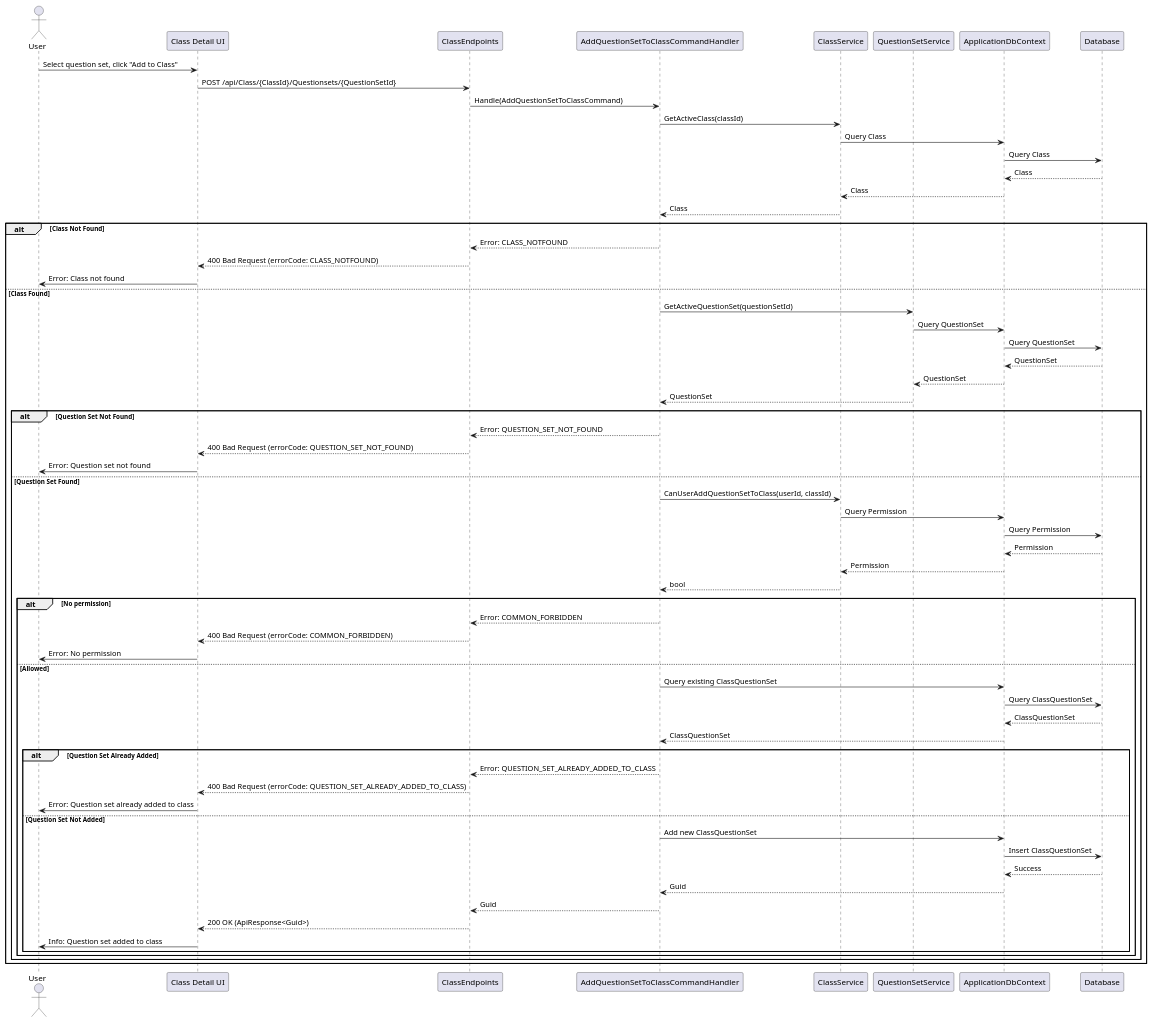
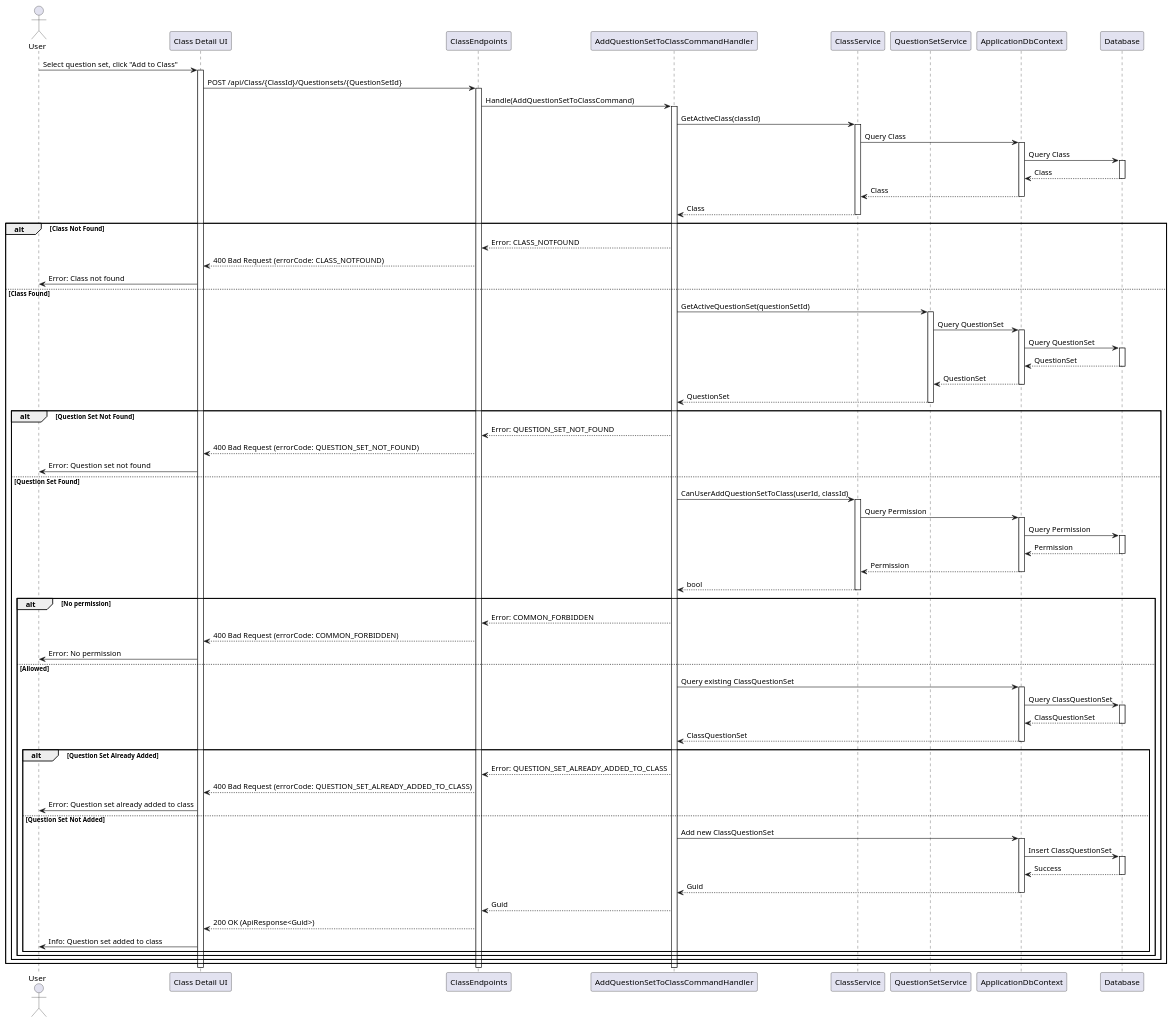
Before and after one commit to thanhkhac/SEP_Diagram: the diagram in classes/Sequence/AddQuestionSetToClassCommand.puml, drawn with PlantUML. The commit also changed 17 other files, not shown here.

Commit message:
Add UI and endpoint activation/deactivation to sequence diagrams

```diff
--- a/classes/Sequence/AddQuestionSetToClassCommand.puml
+++ b/classes/Sequence/AddQuestionSetToClassCommand.puml
@@ -1,68 +1,99 @@
 @startuml
 actor User
 participant "Class Detail UI" as UI
 participant ClassEndpoints
 participant AddQuestionSetToClassCommandHandler as Handler
 participant ClassService
 participant QuestionSetService
 participant ApplicationDbContext
 participant Database
 
 User -> UI : Select question set, click "Add to Class"
+activate UI
 UI -> ClassEndpoints : POST /api/Class/{ClassId}/Questionsets/{QuestionSetId}
+activate ClassEndpoints
 ClassEndpoints -> Handler : Handle(AddQuestionSetToClassCommand)
+activate Handler
 Handler -> ClassService : GetActiveClass(classId)
+activate ClassService
 ClassService -> ApplicationDbContext : Query Class
+activate ApplicationDbContext
 ApplicationDbContext -> Database : Query Class
+activate Database
 Database --> ApplicationDbContext : Class
+deactivate Database
 ApplicationDbContext --> ClassService : Class
+deactivate ApplicationDbContext
 ClassService --> Handler : Class
+deactivate ClassService
 alt Class Not Found
     Handler --> ClassEndpoints : Error: CLASS_NOTFOUND
     ClassEndpoints --> UI : 400 Bad Request (errorCode: CLASS_NOTFOUND)
     UI -> User : Error: Class not found
 else Class Found
     Handler -> QuestionSetService : GetActiveQuestionSet(questionSetId)
+    activate QuestionSetService
     QuestionSetService -> ApplicationDbContext : Query QuestionSet
+    activate ApplicationDbContext
     ApplicationDbContext -> Database : Query QuestionSet
+    activate Database
     Database --> ApplicationDbContext : QuestionSet
+    deactivate Database
     ApplicationDbContext --> QuestionSetService : QuestionSet
+    deactivate ApplicationDbContext
     QuestionSetService --> Handler : QuestionSet
+    deactivate QuestionSetService
     alt Question Set Not Found
         Handler --> ClassEndpoints : Error: QUESTION_SET_NOT_FOUND
         ClassEndpoints --> UI : 400 Bad Request (errorCode: QUESTION_SET_NOT_FOUND)
         UI -> User : Error: Question set not found
     else Question Set Found
         Handler -> ClassService : CanUserAddQuestionSetToClass(userId, classId)
+        activate ClassService
         ClassService -> ApplicationDbContext : Query Permission
+        activate ApplicationDbContext
         ApplicationDbContext -> Database : Query Permission
+        activate Database
         Database --> ApplicationDbContext : Permission
+        deactivate Database
         ApplicationDbContext --> ClassService : Permission
+        deactivate ApplicationDbContext
         ClassService --> Handler : bool
+        deactivate ClassService
         alt No permission
             Handler --> ClassEndpoints : Error: COMMON_FORBIDDEN
             ClassEndpoints --> UI : 400 Bad Request (errorCode: COMMON_FORBIDDEN)
             UI -> User : Error: No permission
         else Allowed
             Handler -> ApplicationDbContext : Query existing ClassQuestionSet
+            activate ApplicationDbContext
             ApplicationDbContext -> Database : Query ClassQuestionSet
+            activate Database
             Database --> ApplicationDbContext : ClassQuestionSet
+            deactivate Database
             ApplicationDbContext --> Handler : ClassQuestionSet
+            deactivate ApplicationDbContext
             alt Question Set Already Added
                 Handler --> ClassEndpoints : Error: QUESTION_SET_ALREADY_ADDED_TO_CLASS
                 ClassEndpoints --> UI : 400 Bad Request (errorCode: QUESTION_SET_ALREADY_ADDED_TO_CLASS)
                 UI -> User : Error: Question set already added to class
             else Question Set Not Added
                 Handler -> ApplicationDbContext : Add new ClassQuestionSet
+                activate ApplicationDbContext
                 ApplicationDbContext -> Database : Insert ClassQuestionSet
+                activate Database
                 Database --> ApplicationDbContext : Success
+                deactivate Database
                 ApplicationDbContext --> Handler : Guid
+                deactivate ApplicationDbContext
                 Handler --> ClassEndpoints : Guid
                 ClassEndpoints --> UI : 200 OK (ApiResponse<Guid>)
                 UI -> User : Info: Question set added to class
             end
         end
     end
 end
-
+deactivate Handler
+deactivate ClassEndpoints
+deactivate UI
 @enduml
```
